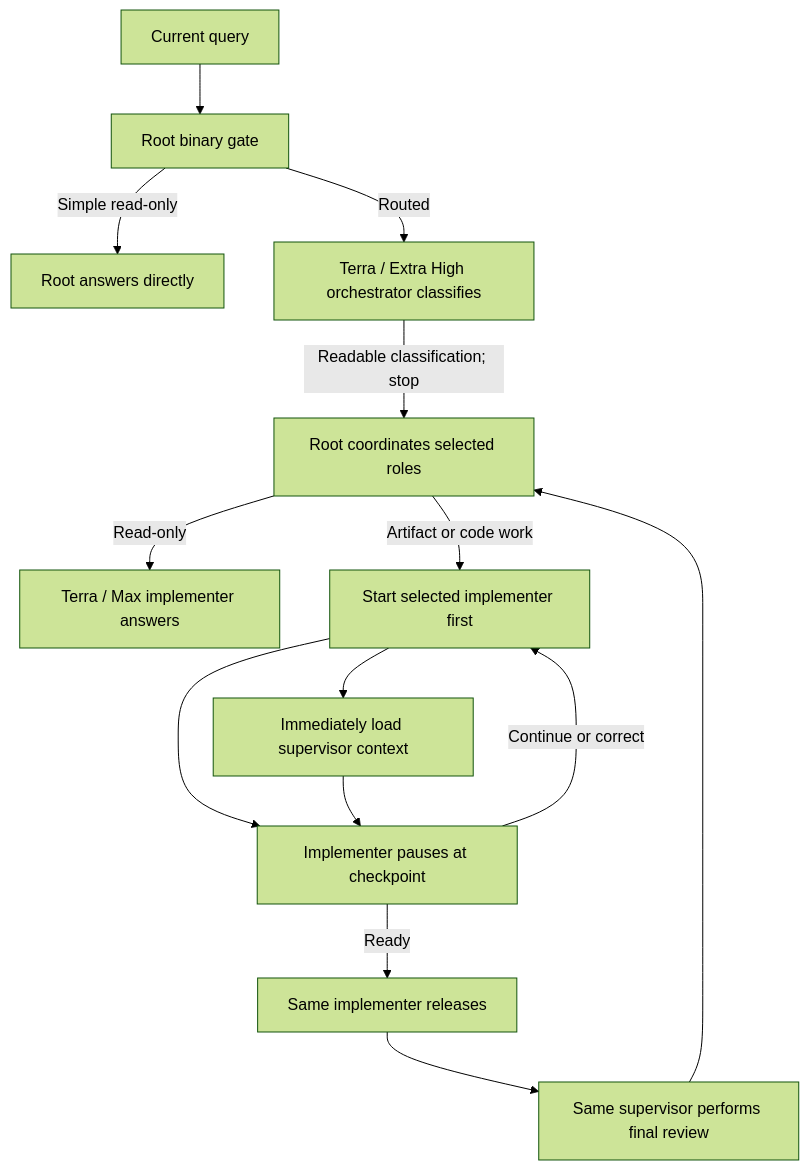
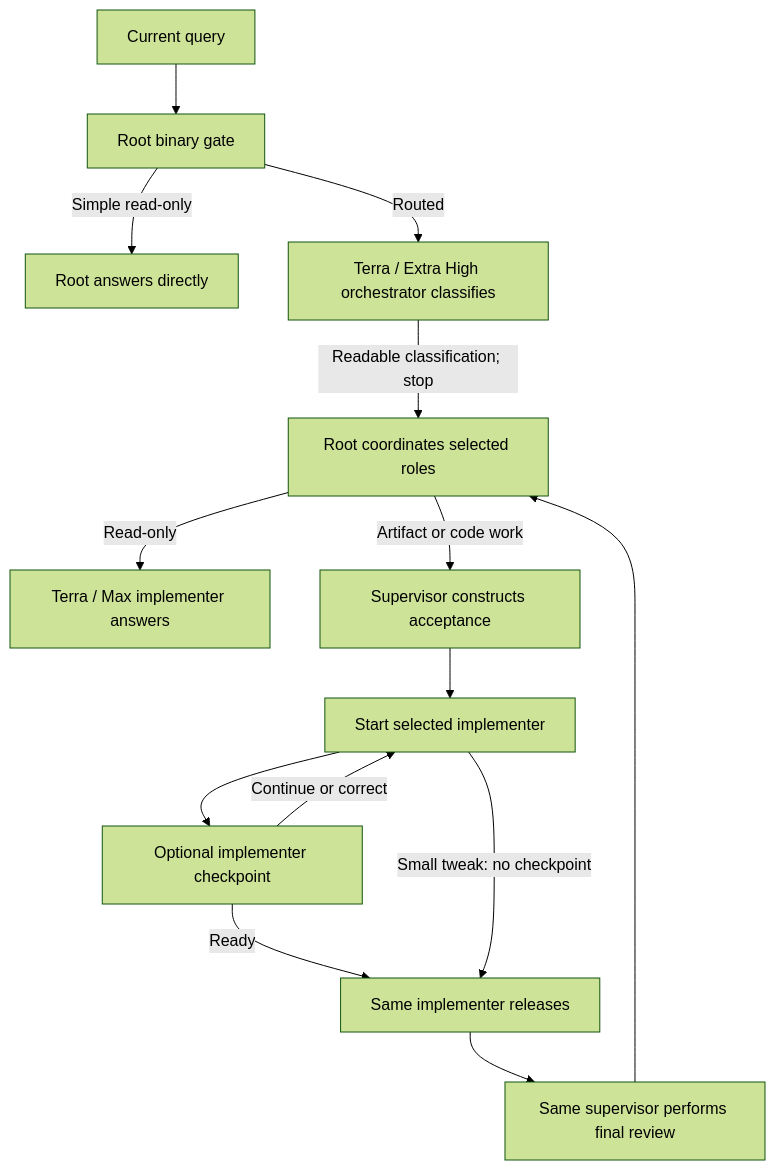
The diagram in README.md (jessejaffe/codex-orchestration), drawn with Mermaid (forest theme) before and after one commit. The commit also changed other lines of this file and 14 other files, not shown here.

Commit message:
Add previous-task context and lean tweak routing

````diff
--- a/README.md
+++ b/README.md
@@ -85,16 +73,16 @@
 ```mermaid
 flowchart TD
     U["Current query"] --> G["Root binary gate"]
     G -->|"Simple read-only"| A["Root answers directly"]
     G -->|"Routed"| O["Terra / Extra High orchestrator classifies"]
     O -->|"Readable classification; stop"| R["Root coordinates selected roles"]
     R -->|"Read-only"| RI["Terra / Max implementer answers"]
-    R -->|"Artifact or code work"| I["Start selected implementer first"]
-    I --> S["Immediately load supervisor context"]
-    I --> C["Implementer pauses at checkpoint"]
-    S --> C
+    R -->|"Artifact or code work"| S["Supervisor constructs acceptance"]
+    S --> I["Start selected implementer"]
+    I --> C["Optional implementer checkpoint"]
     C -->|"Continue or correct"| I
     C -->|"Ready"| X["Same implementer releases"]
+    I -->|"Small tweak: no checkpoint"| X
     X --> F["Same supervisor performs final review"]
     F --> R
 ```
````
